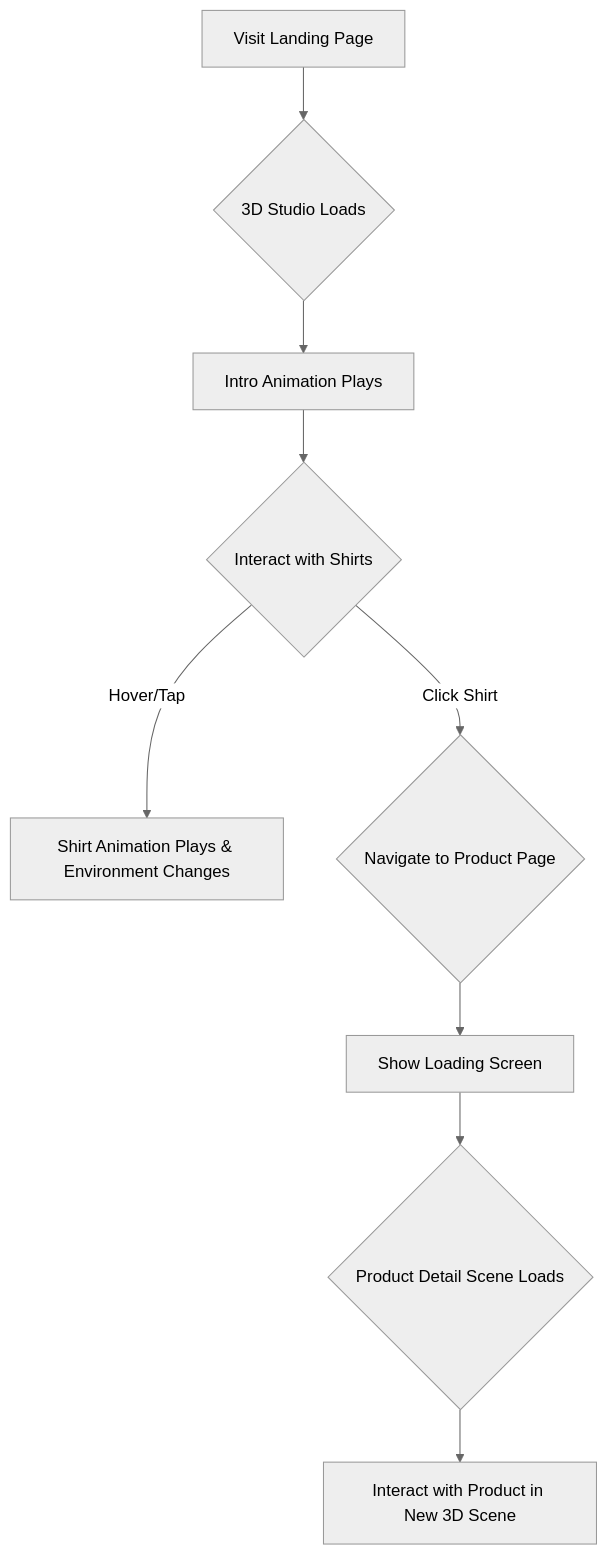
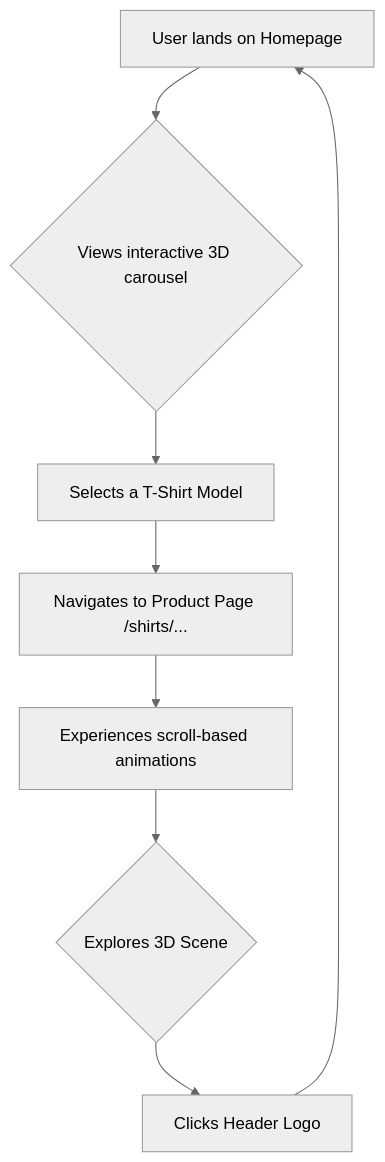
Before and after one commit to Prem759-0/3D-T-Shirt: the diagram in README.md, drawn with Mermaid (neutral theme). The commit also changed other lines of this file, not shown here.

````diff
--- a/README.md
+++ b/README.md
@@ -98,11 +32,10 @@
 ```mermaid
 graph TD
-    A[Visit Landing Page] --> B{3D Studio Loads};
-    B --> C[Intro Animation Plays];
-    C --> D{Interact with Shirts};
-    D -- Hover/Tap --> E[Shirt Animation Plays & Environment Changes];
-    D -- Click Shirt --> F{Navigate to Product Page};
-    F --> G[Show Loading Screen];
-    G --> H{Product Detail Scene Loads};
-    H --> I[Interact with Product in New 3D Scene];
+    A[User lands on Homepage] --> B{Views interactive 3D carousel};
+    B --> C[Selects a T-Shirt Model];
+    C --> D[Navigates to Product Page /shirts/...];
+    D --> E[Experiences scroll-based animations];
+    E --> F{Explores 3D Scene};
+    F --> G[Clicks Header Logo];
+    G --> A;
 ```
````
